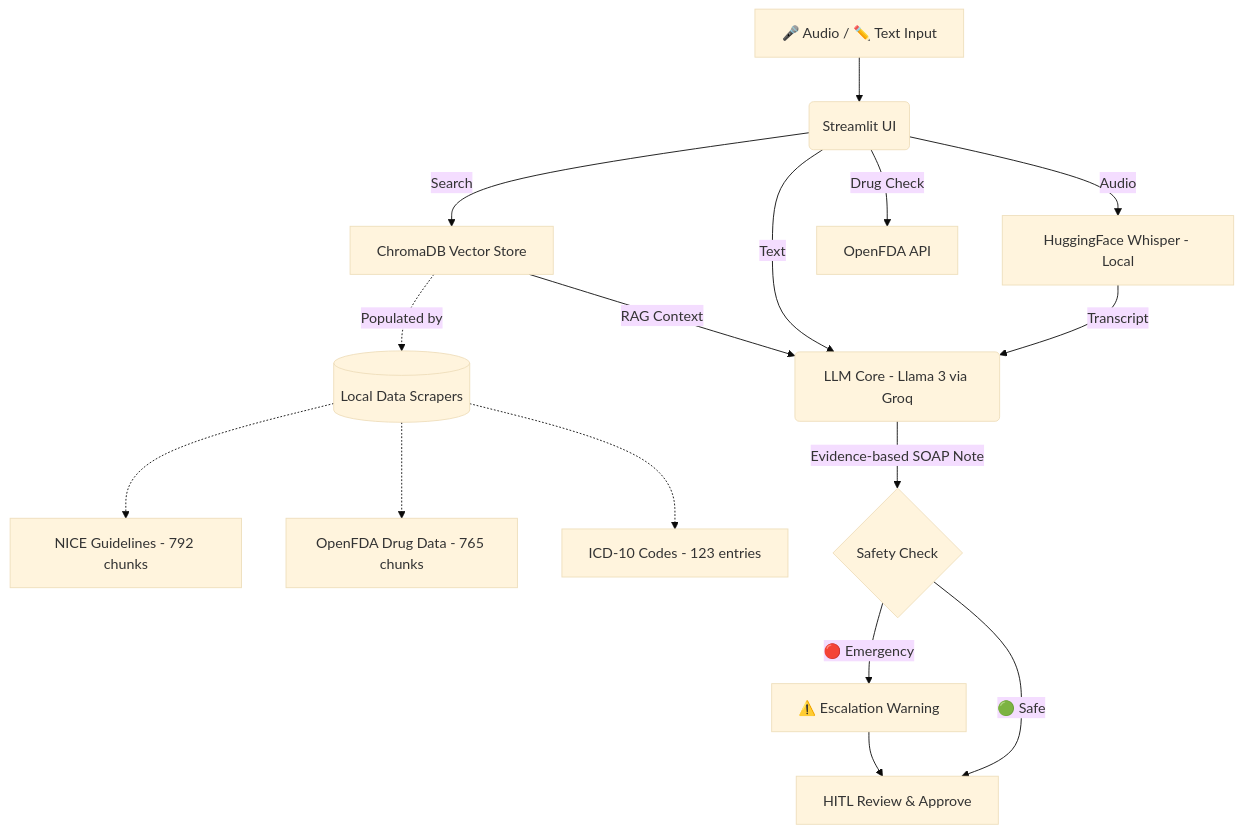
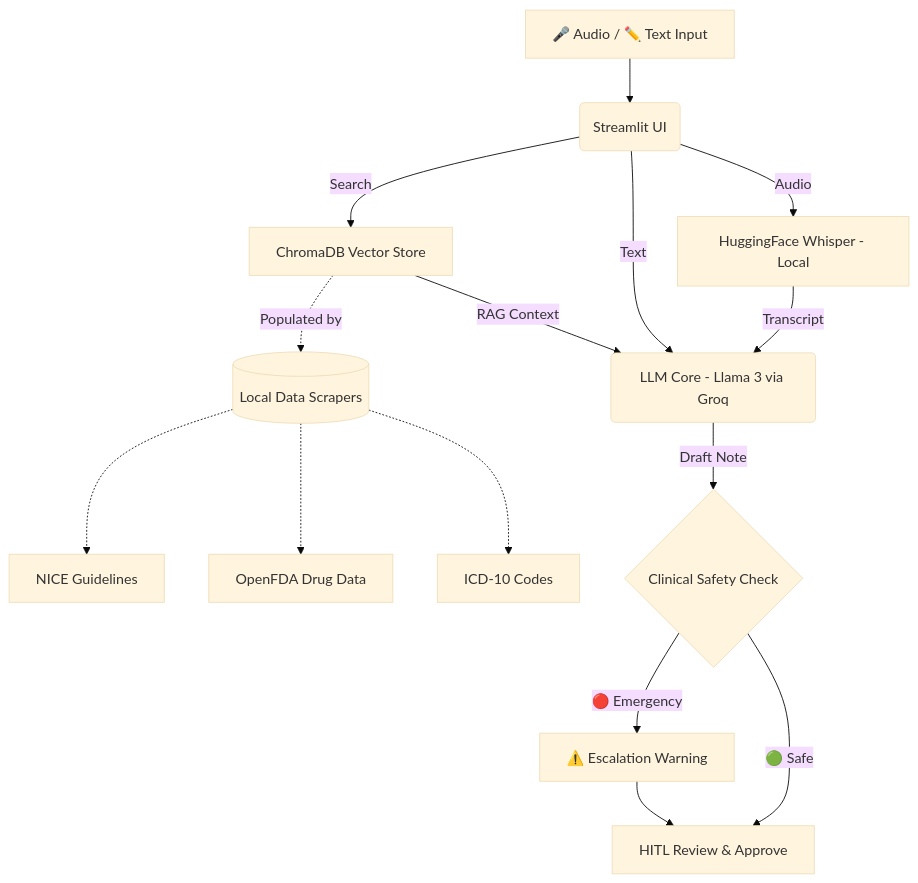
The diagram in README.md (Har-dik25/MediNote), drawn with Mermaid (base theme) before and after one commit. The commit also changed other lines of this file, not shown here.

````diff
--- a/README.md
+++ b/README.md
@@ -28,18 +39,17 @@
 ```mermaid
 graph TD
     A[🎤 Audio / ✏️ Text Input] --> B(Streamlit UI)
     B -->|Audio| C[HuggingFace Whisper - Local]
-    C -->|Transcript| D
-    B -->|Text| D(LLM Core - Llama 3 via Groq)
+    C -->|Transcript| D(LLM Core - Llama 3 via Groq)
+    B -->|Text| D
     B -->|Search| E[ChromaDB Vector Store]
     E -.->|Populated by| F[(Local Data Scrapers)]
-    F -.-> F1[NICE Guidelines - 792 chunks]
-    F -.-> F2[OpenFDA Drug Data - 765 chunks]
-    F -.-> F3[ICD-10 Codes - 123 entries]
+    F -.-> F1[NICE Guidelines]
+    F -.-> F2[OpenFDA Drug Data]
+    F -.-> F3[ICD-10 Codes]
     E -->|RAG Context| D
-    B -->|Drug Check| G[OpenFDA API]
-    D -->|Evidence-based SOAP Note| H{Safety Check}
+    D -->|Draft Note| H{Clinical Safety Check}
     H -->|🟢 Safe| I[HITL Review & Approve]
     H -->|🔴 Emergency| J[⚠️ Escalation Warning]
     J --> I
 ```
````
